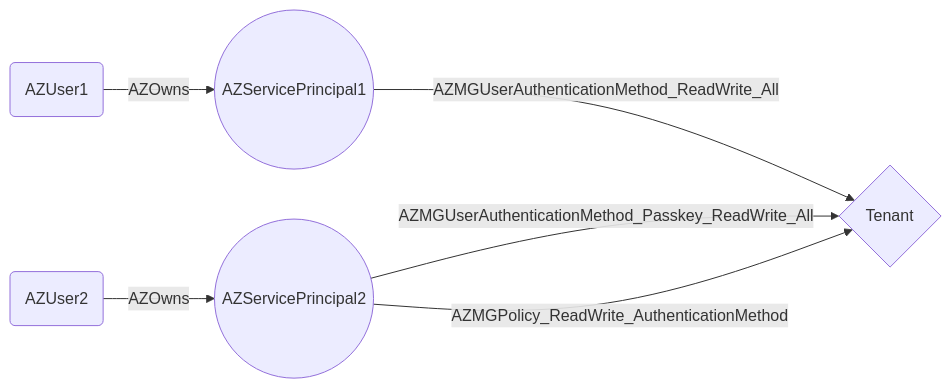
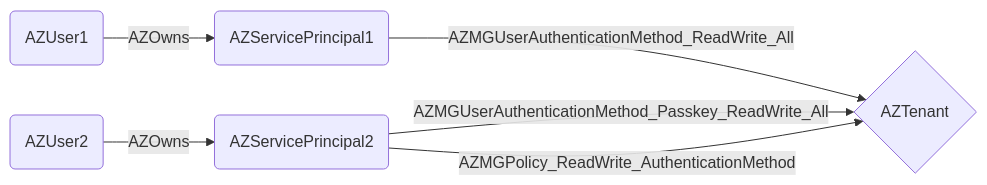
One commit to MichaelGrafnetter/EntraAuthPolicyHound changed the second of 2 diagrams in README.md. Above: the diagram before and after it, drawn with Mermaid. The commit also changed other lines of this file, not shown here.

Commit message:
Graph fixes

````diff
--- a/README.md
+++ b/README.md
@@ -54,9 +54,9 @@
 ```mermaid
 graph LR
-    a1((AZServicePrincipal1)) -- AZMGUserAuthenticationMethod_ReadWrite_All --> t{Tenant}
-    a2((AZServicePrincipal2)) -- AZMGUserAuthenticationMethod_Passkey_ReadWrite_All --> t
+    a1(AZServicePrincipal1) -- AZMGUserAuthenticationMethod_ReadWrite_All --> t{AZTenant}
+    a2(AZServicePrincipal2) -- AZMGUserAuthenticationMethod_Passkey_ReadWrite_All --> t
     a2 -- AZMGPolicy_ReadWrite_AuthenticationMethod --> t
 
     u1(AZUser1) -- AZOwns --> a1
     u2(AZUser2) -- AZOwns --> a2
 ```
````
